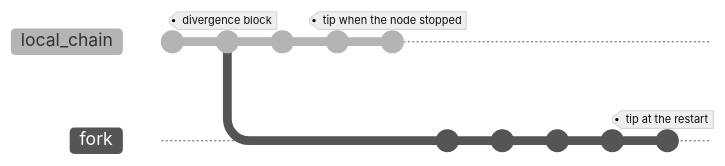
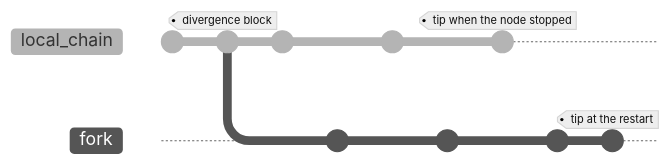
One commit to logos-co/logos-lips changed the second of 2 diagrams in docs/blockchain/raw/cryptarchia-v1-bootstr-sync.md. Above: the diagram before and after it, drawn with Mermaid (neutral theme). The commit also changed other lines of this file, not shown here. Commit ids are hidden.

Commit message:
docs(blockchain): draw the fork as it stood when the node stopped

````diff
--- a/docs/blockchain/raw/cryptarchia-v1-bootstr-sync.md
+++ b/docs/blockchain/raw/cryptarchia-v1-bootstr-sync.md
@@ -408,17 +408,20 @@
 ```mermaid
 %%{init: {'gitGraph': {'showCommitLabel': false, 'mainBranchName': 'local_chain'}}}%%
 gitGraph
     commit
     commit tag: "divergence block"
     branch fork
     checkout local_chain
     commit
+    checkout fork
     commit
+    checkout local_chain
+    commit
+    checkout fork
+    commit
+    checkout local_chain
     commit tag: "tip when the node stopped"
     checkout fork
     commit
-    commit
-    commit
-    commit
     commit tag: "tip at the restart"
 ```
````
